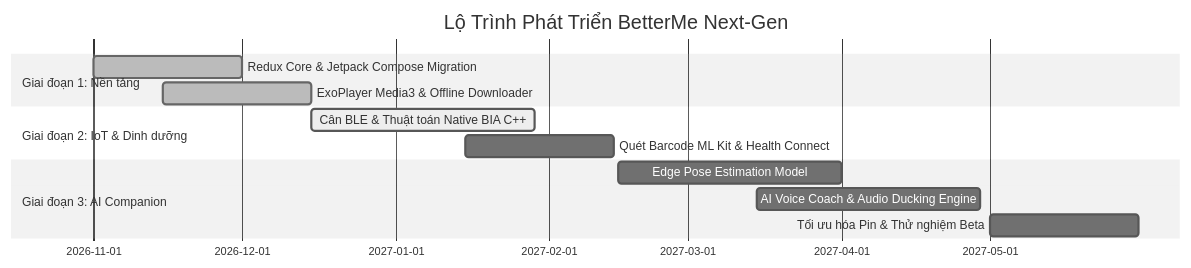
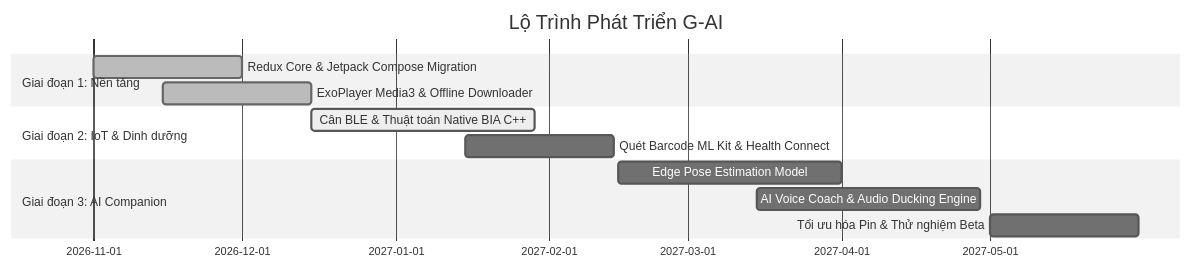
The third of 3 diagrams in docs/SLIDES.md (mh4ns/G-AI), drawn with Mermaid (neutral theme) before and after one commit. The commit also changed other lines of this file and 13 other files, not shown here.

````diff
--- a/docs/SLIDES.md
+++ b/docs/SLIDES.md
@@ -210,15 +210,15 @@
 ```mermaid
 gantt
-    title Lộ Trình Phát Triển BetterMe Next-Gen
+    title Lộ Trình Phát Triển G-AI
     dateFormat  YYYY-MM-DD
     section Giai đoạn 1: Nền tảng
     Redux Core & Jetpack Compose Migration :done, 2026-11-01, 30d
     ExoPlayer Media3 & Offline Downloader  :done, 2026-11-15, 30d
     section Giai đoạn 2: IoT & Dinh dưỡng
     Cân BLE & Thuật toán Native BIA C++    :active, 2026-12-15, 45d
     Quét Barcode ML Kit & Health Connect   :2027-01-15, 30d
     section Giai đoạn 3: AI Companion
     Edge Pose Estimation Model             :2027-02-15, 45d
     AI Voice Coach & Audio Ducking Engine  :2027-03-15, 45d
     Tối ưu hóa Pin & Thử nghiệm Beta       :2027-05-01, 30d
 ```
````
